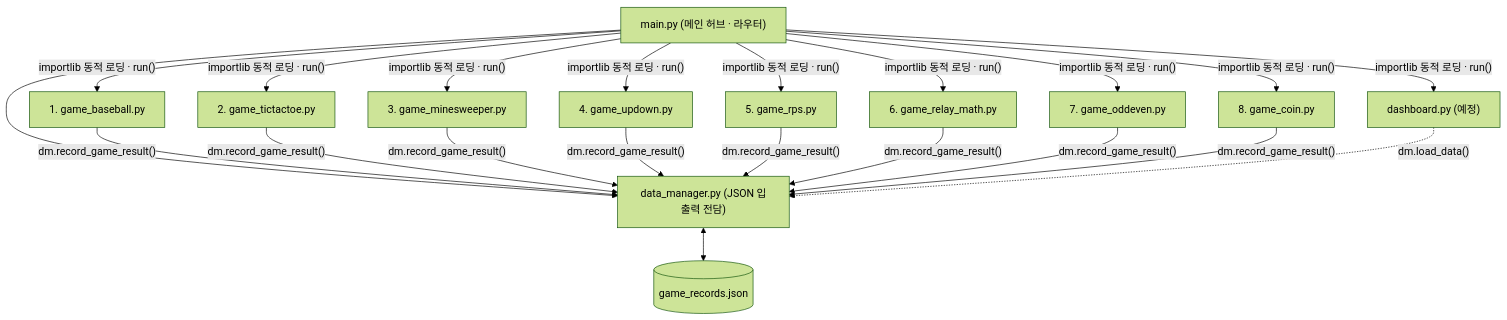
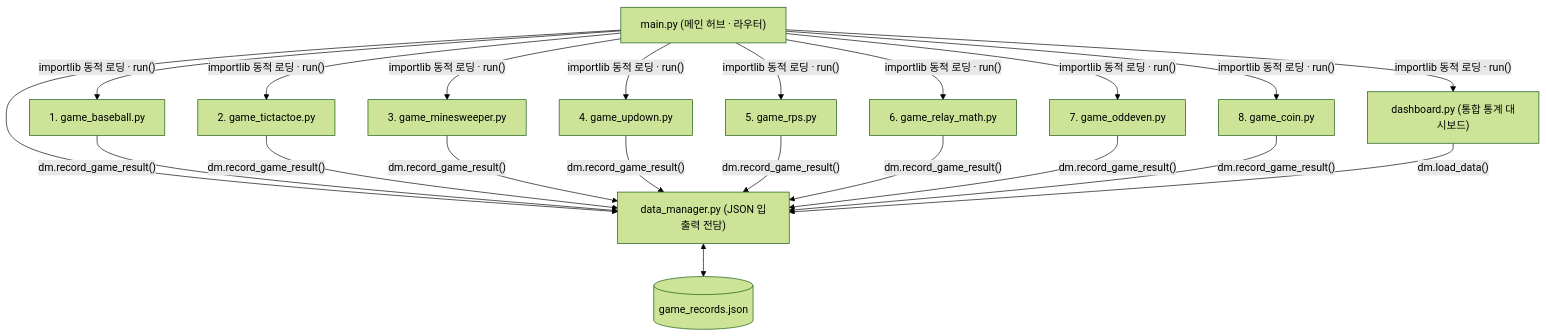
The diagram in ALGORITHMS.md (humqn07/MinigameHub), drawn with Mermaid (forest theme) before and after one commit. The commit also changed other lines of this file, not shown here.

Commit message:
docs: dashboard.py 통합 그래프 및 테마 동기화 알고리즘 최신화

````diff
--- a/ALGORITHMS.md
+++ b/ALGORITHMS.md
@@ -11,21 +11,21 @@
 ```mermaid
 flowchart TD
     M["main.py (메인 허브 · 라우터)"]
     DM["data_manager.py (JSON 입출력 전담)"]
     JSON[("game_records.json")]
 
     M -->|"importlib 동적 로딩 · run()"| G1["1. game_baseball.py"]
     M -->|"importlib 동적 로딩 · run()"| G2["2. game_tictactoe.py"]
     M -->|"importlib 동적 로딩 · run()"| G3["3. game_minesweeper.py"]
     M -->|"importlib 동적 로딩 · run()"| G4["4. game_updown.py"]
     M -->|"importlib 동적 로딩 · run()"| G5["5. game_rps.py"]
     M -->|"importlib 동적 로딩 · run()"| G6["6. game_relay_math.py"]
     M -->|"importlib 동적 로딩 · run()"| G7["7. game_oddeven.py"]
     M -->|"importlib 동적 로딩 · run()"| G8["8. game_coin.py"]
-    M -->|"importlib 동적 로딩 · run()"| DB["dashboard.py (예정)"]
+    M -->|"importlib 동적 로딩 · run()"| DB["dashboard.py (통합 통계 대시보드)"]
 
     M --> DM
     G1 & G2 & G3 & G4 & G5 & G6 & G7 & G8 -->|"dm.record_game_result()"| DM
-    DB -.->|"dm.load_data()"| DM
+    DB -->|"dm.load_data()"| DM
     DM <--> JSON
 ```
````
